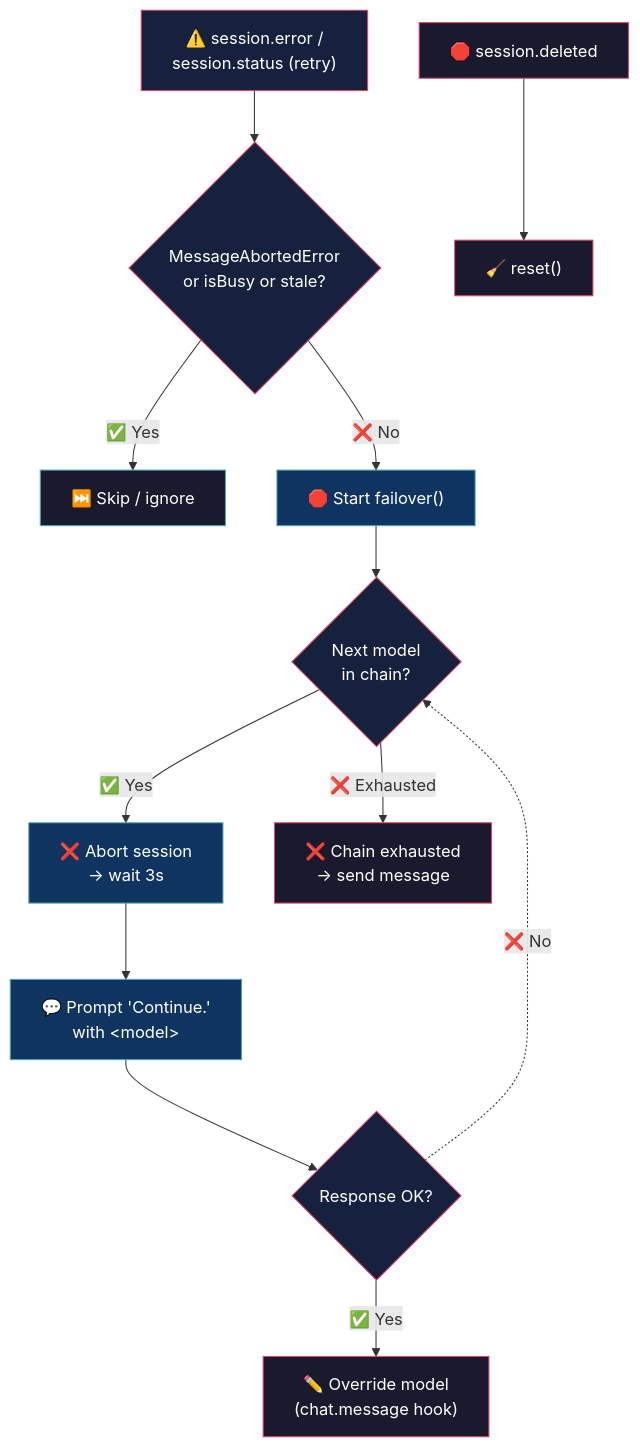
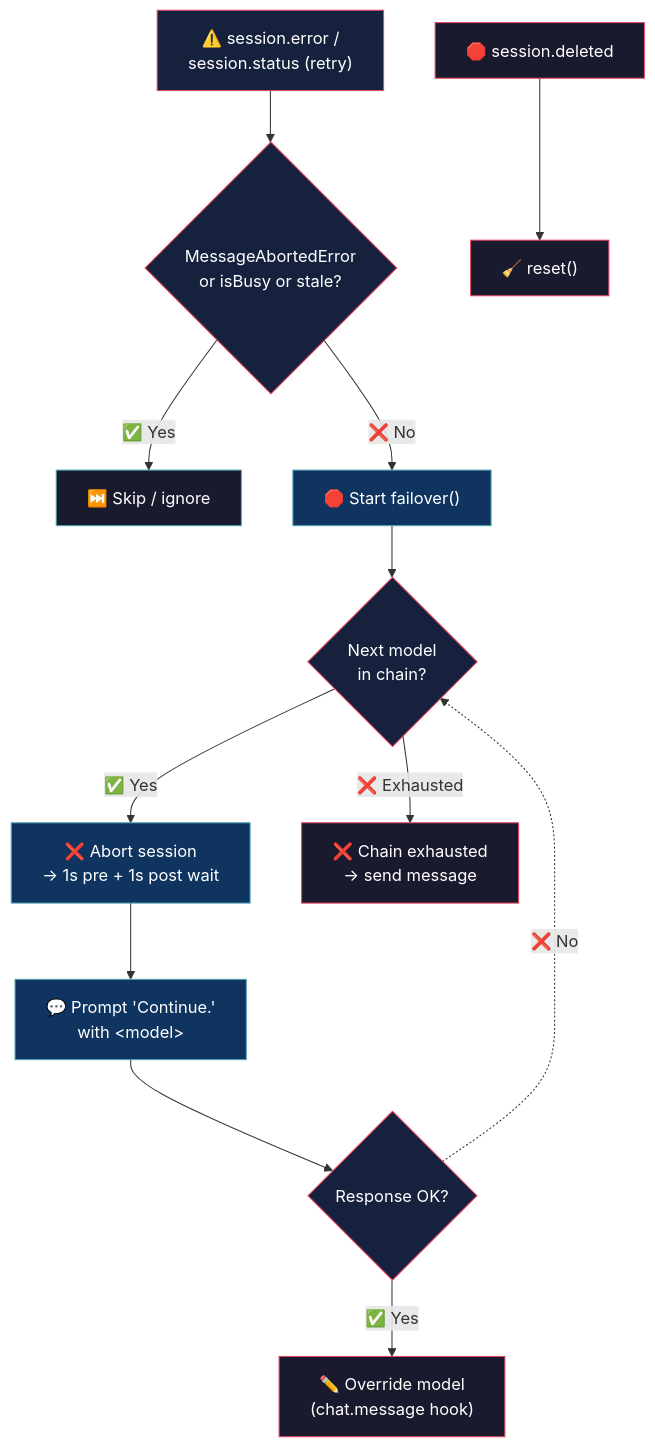
The diagram in README.md (alejo54dev/opencode-model-failover), drawn with Mermaid before and after one commit. The commit also changed other lines of this file and 1 other file, not shown here.

````diff
--- a/README.md
+++ b/README.md
@@ -27,31 +27,31 @@
 ```mermaid
 flowchart TD
     A["⚠️ session.error /<br/>session.status (retry)"]
     A --> B{"MessageAbortedError<br/>or isBusy or stale?"}
     B -->|"✅ Yes"| C["⏭️ Skip / ignore"]
     B -->|"❌ No"| D["🛑 Start failover()"]
 
     D --> E{"Next model<br/>in chain?"}
-    E -->|"✅ Yes"| F["❌ Abort session<br/>→ wait 3s"]
+    E -->|"✅ Yes"| F["❌ Abort session<br/>→ 1s pre + 1s post wait"]
     F --> G["💬 Prompt 'Continue.'<br/>with &lt;model&gt;"]
     G --> H{"Response OK?"}
     H -->|"✅ Yes"| I["✏️ Override model<br/>(chat.message hook)"]
     H -.->|"❌ No"| E
     E -->|"❌ Exhausted"| J["❌ Chain exhausted<br/>→ send message"]
 
     K["🛑 session.deleted"]
     K --> L["🧹 reset()"]
 
     style A fill:#16213e,stroke:#e94560,color:#fff
     style B fill:#16213e,stroke:#e94560,color:#fff
     style C fill:#1a1a2e,stroke:#53a8b6,color:#fff
     style D fill:#0f3460,stroke:#53a8b6,color:#fff
     style E fill:#16213e,stroke:#e94560,color:#fff
     style F fill:#0f3460,stroke:#53a8b6,color:#fff
     style G fill:#0f3460,stroke:#53a8b6,color:#fff
     style H fill:#16213e,stroke:#e94560,color:#fff
     style I fill:#1a1a2e,stroke:#e94560,color:#fff
     style J fill:#1a1a2e,stroke:#e94560,color:#fff
     style K fill:#1a1a2e,stroke:#e94560,color:#fff
     style L fill:#1a1a2e,stroke:#e94560,color:#fff
 ```
````
